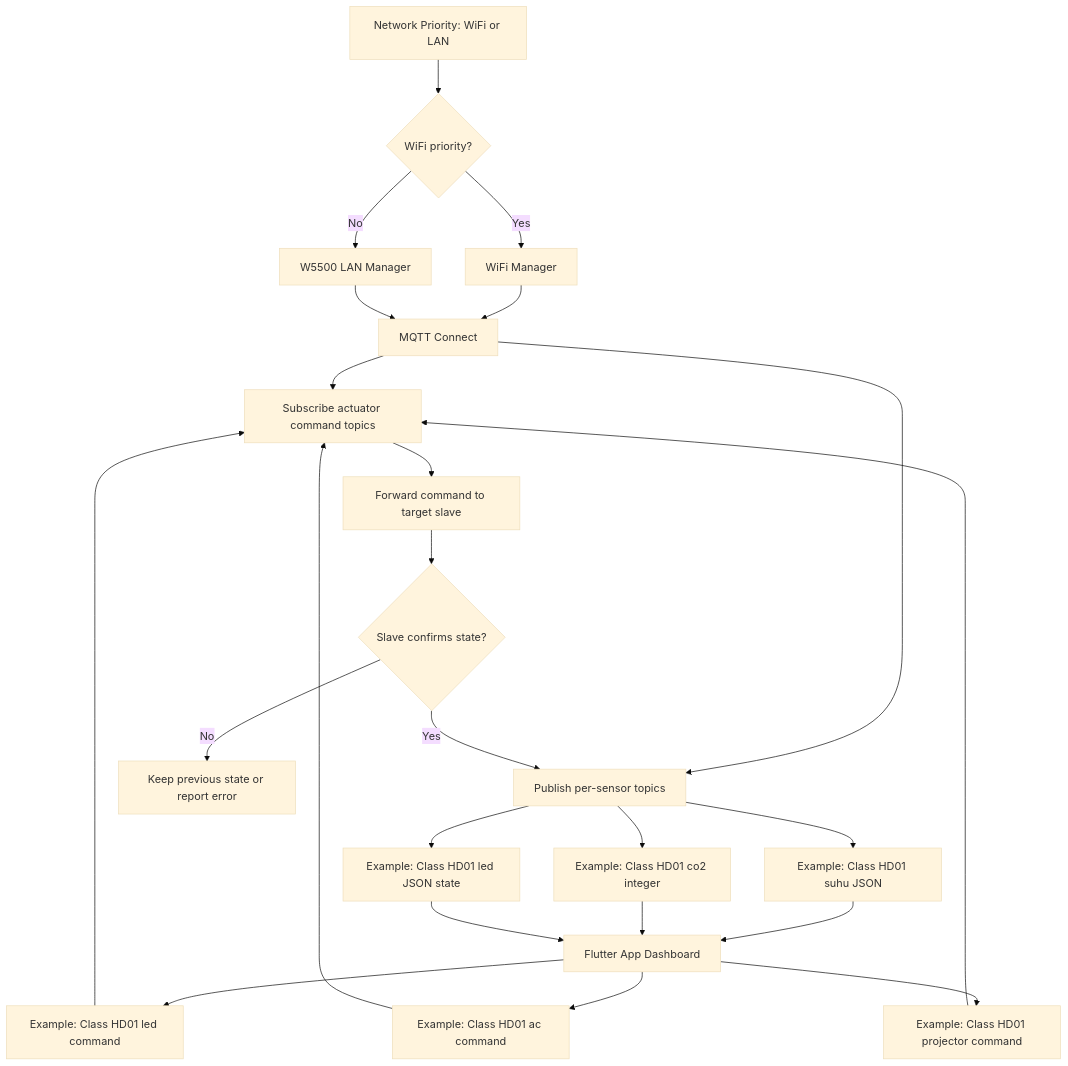
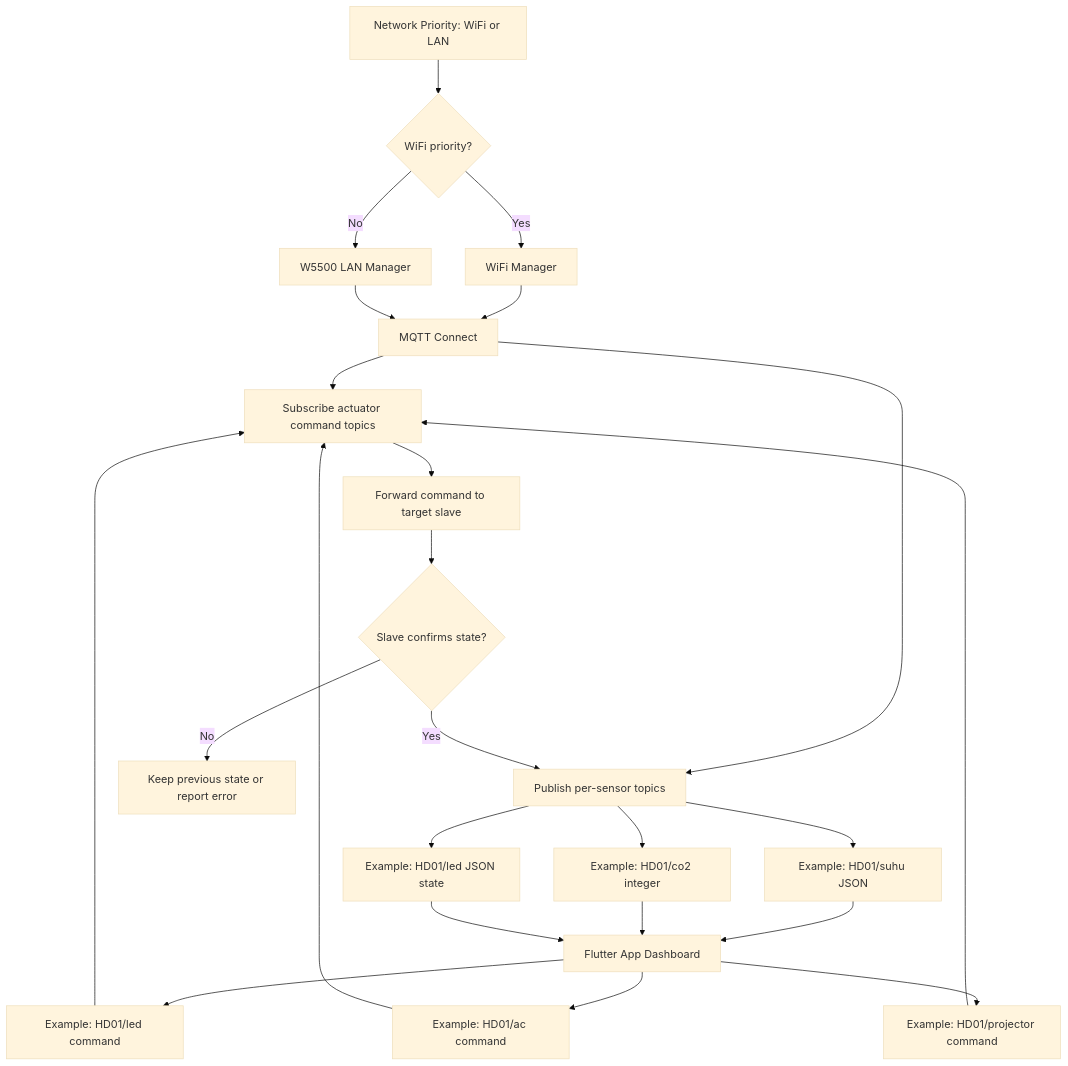
Before and after one commit to hazzma/smartbuilding-Serial-Master: the second of 3 diagrams in README.md, drawn with Mermaid (base theme). The commit also changed other lines of this file and 9 other files, not shown here.

````diff
--- a/README.md
+++ b/README.md
@@ -140,31 +140,31 @@
 ```mermaid
 %% EDIT_TARGET: README.md - Connectivity Flow MQTT
 %% EDIT_PURPOSE: Document Firmware V2 per-topic MQTT publish and actuator command flow
 %% EDIT_REASON: Firmware V2 separates sensor topics, actuator commands, and confirmed state synchronization
 flowchart TD
     NetPriority[Network Priority: WiFi or LAN] --> WiFiPath{WiFi priority?}
     WiFiPath -->|Yes| WiFi[WiFi Manager]
     WiFiPath -->|No| LAN[W5500 LAN Manager]
     WiFi --> MQTTConnect[MQTT Connect]
     LAN --> MQTTConnect
     MQTTConnect --> Subscribe[Subscribe actuator command topics]
     MQTTConnect --> Publish[Publish per-sensor topics]
 
-    Publish --> TempTopic["Example: Class HD01 suhu JSON"]
-    Publish --> CO2Topic["Example: Class HD01 co2 integer"]
-    Publish --> LEDTopic["Example: Class HD01 led JSON state"]
+    Publish --> TempTopic["Example: HD01/suhu JSON"]
+    Publish --> CO2Topic["Example: HD01/co2 integer"]
+    Publish --> LEDTopic["Example: HD01/led JSON state"]
     TempTopic --> Flutter[Flutter App Dashboard]
     CO2Topic --> Flutter
     LEDTopic --> Flutter
 
-    Flutter --> LEDCommand["Example: Class HD01 led command"]
-    Flutter --> ACCommand["Example: Class HD01 ac command"]
-    Flutter --> ProjectorCommand["Example: Class HD01 projector command"]
+    Flutter --> LEDCommand["Example: HD01/led command"]
+    Flutter --> ACCommand["Example: HD01/ac command"]
+    Flutter --> ProjectorCommand["Example: HD01/projector command"]
     LEDCommand --> Subscribe
     ACCommand --> Subscribe
     ProjectorCommand --> Subscribe
     Subscribe --> Forward[Forward command to target slave]
     Forward --> Confirm{Slave confirms state?}
     Confirm -->|Yes| Publish
     Confirm -->|No| RetryOrError[Keep previous state or report error]
 ```
````
